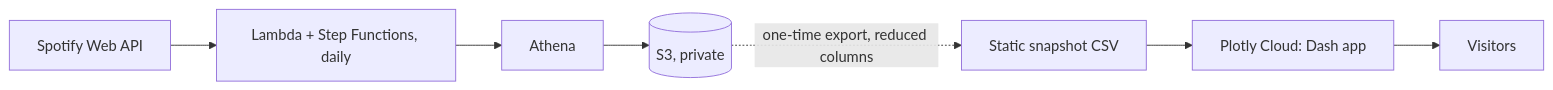
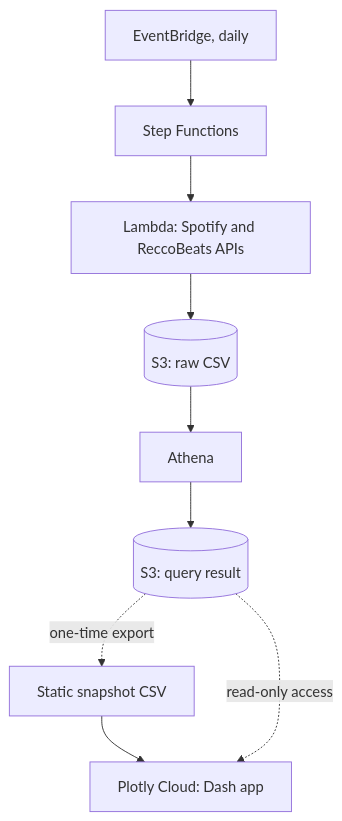
Before and after one commit to f4b1an92/spotify_listening_behaviour: the diagram in README.md, drawn with Mermaid. The commit also changed other lines of this file and 7 other files, not shown here.

````diff
--- a/README.md
+++ b/README.md
@@ -9,9 +15,11 @@
 ```mermaid
-flowchart LR
-    A[Spotify Web API] --> B[Lambda + Step Functions, daily]
-    B --> C[Athena]
-    C --> D[(S3, private)]
-    D -. one-time export, reduced columns .-> E[Static snapshot CSV]
-    E --> F[Plotly Cloud: Dash app]
-    F --> G[Visitors]
+flowchart TB
+    EB[EventBridge, daily] --> SF[Step Functions]
+    SF --> L[Lambda: Spotify and ReccoBeats APIs]
+    L --> S3A[(S3: raw CSV)]
+    S3A --> ATH[Athena]
+    ATH --> S3B[(S3: query result)]
+    S3B -. one-time export .-> SNAP[Static snapshot CSV]
+    SNAP --> APP[Plotly Cloud: Dash app]
+    S3B -. read-only access .-> APP
 ```
````
